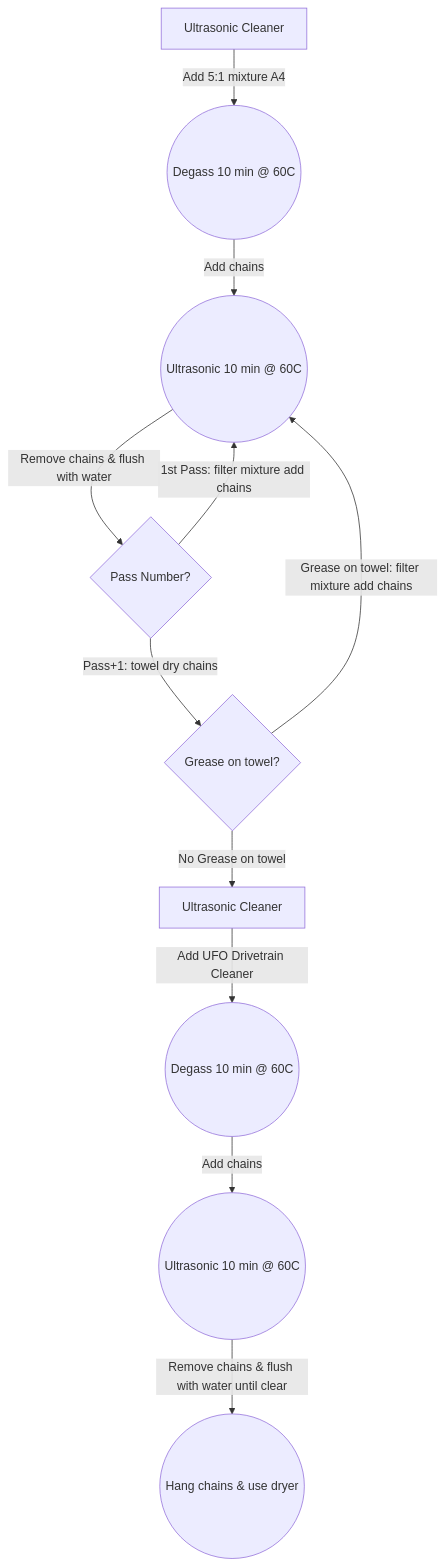
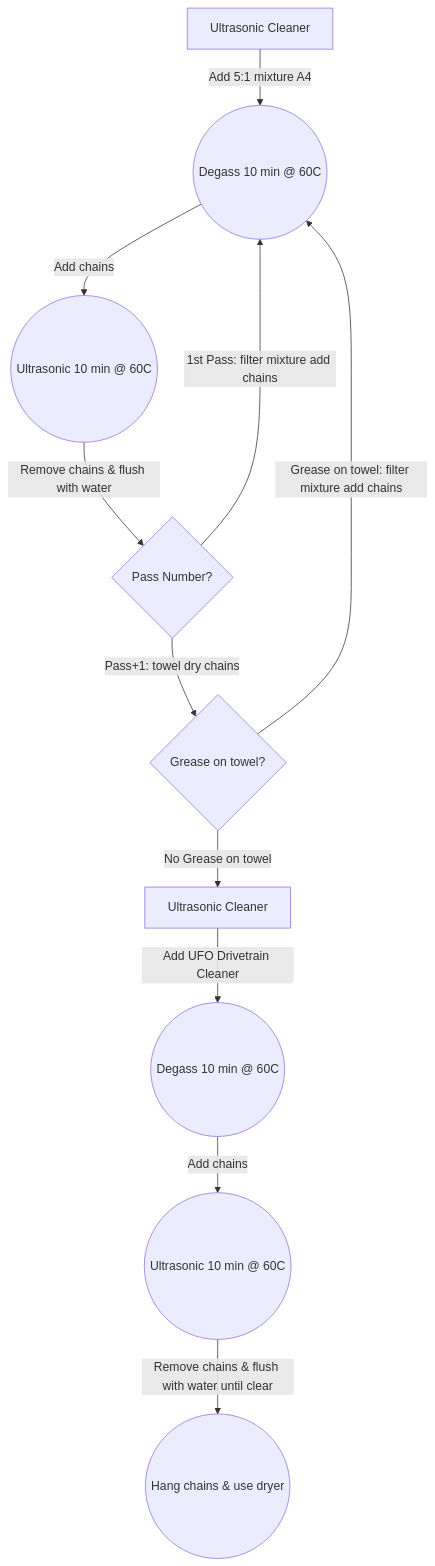
The diagram in docs/Docs/Bicycle-Chain-Waxing.md (rneher-igel/Neher), drawn with Mermaid before and after one commit.

````diff
--- a/docs/Docs/Bicycle-Chain-Waxing.md
+++ b/docs/Docs/Bicycle-Chain-Waxing.md
@@ -26,13 +26,13 @@
 ```mermaid
 flowchart TD
  A[Ultrasonic Cleaner]-- Add 5:1 mixture A4 --> B((Degass 10 min @ 60C))
  B-- Add chains --> C((Ultrasonic 10 min @ 60C))
  C -- Remove chains & flush with water --> D{Pass Number?}
- D -- 1st Pass: filter mixture add chains --> C
+ D -- 1st Pass: filter mixture add chains --> B
  D -- Pass+1: towel dry chains --> E{Grease on towel?}
- E -- Grease on towel: filter mixture add chains --> C
+ E -- Grease on towel: filter mixture add chains --> B
  E -- No Grease on towel --> F[Ultrasonic Cleaner]
  F -- Add UFO Drivetrain Cleaner --> G((Degass 10 min @ 60C))
  G -- Add chains --> H((Ultrasonic 10 min @ 60C))
  H -- Remove chains & flush with water until clear --> I((Hang chains & use dryer))
 ```
````
